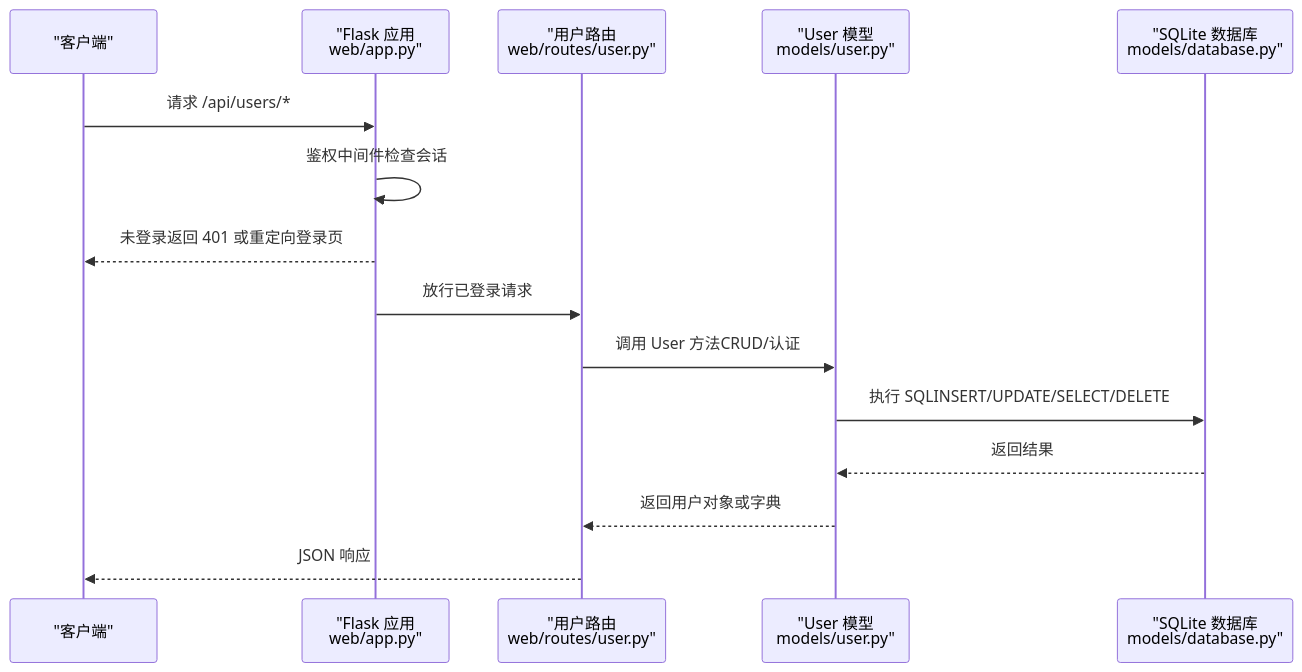
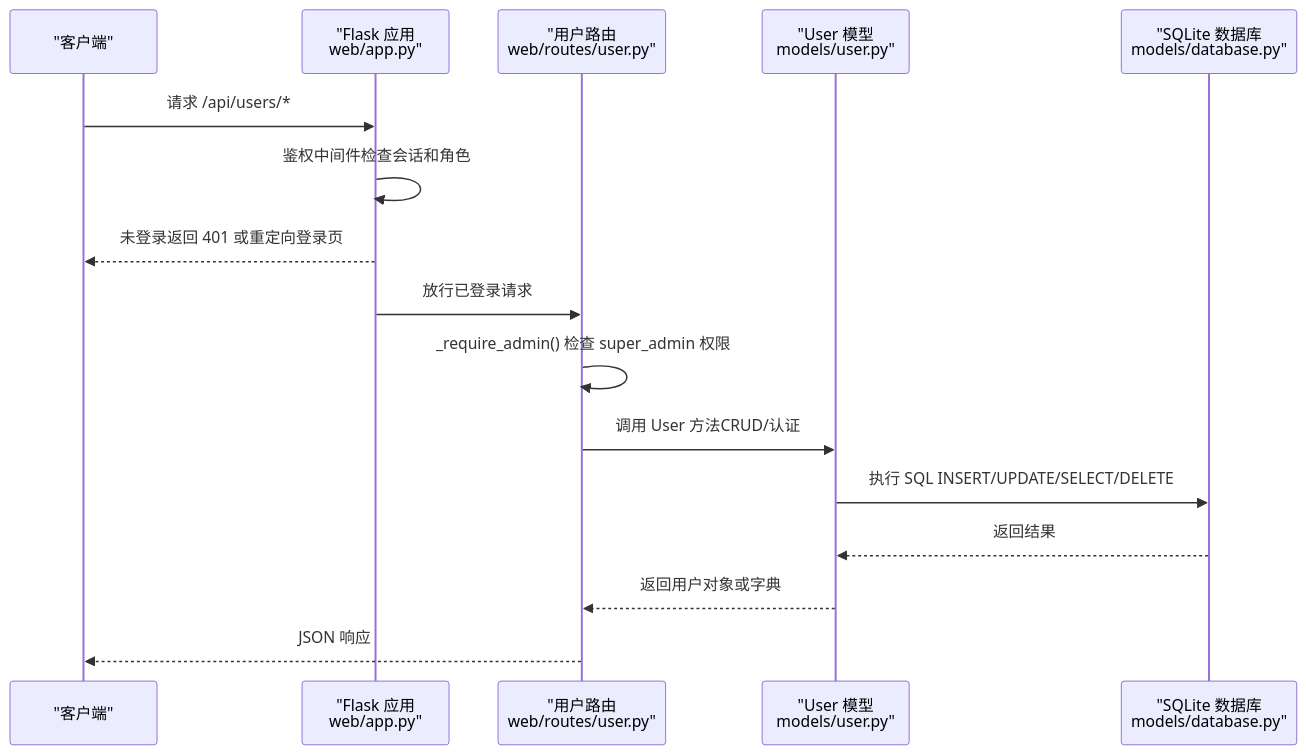
The second of 9 diagrams in .qoder/repowiki/zh/content/数据模型/用户模型.md (oreovan567-pixel/middle-platform-data-collector), drawn with Mermaid before and after one commit. The commit also changed other lines of this file and 11 other files, not shown here.

````diff
--- a/.qoder/repowiki/zh/content/数据模型/用户模型.md
+++ b/.qoder/repowiki/zh/content/数据模型/用户模型.md
@@ -90,17 +101,18 @@
 ```mermaid
 sequenceDiagram
 participant Client as "客户端"
 participant App as "Flask 应用<br/>web/app.py"
 participant Route as "用户路由<br/>web/routes/user.py"
 participant Model as "User 模型<br/>models/user.py"
 participant DB as "SQLite 数据库<br/>models/database.py"
 Client->>App : 请求 /api/users/*
-App->>App : 鉴权中间件检查会话
+App->>App : 鉴权中间件检查会话和角色
 App-->>Client : 未登录返回 401 或重定向登录页
 App->>Route : 放行已登录请求
+Route->>Route : _require_admin() 检查 super_admin 权限
 Route->>Model : 调用 User 方法CRUD/认证
-Model->>DB : 执行 SQLINSERT/UPDATE/SELECT/DELETE
+Model->>DB : 执行 SQL INSERT/UPDATE/SELECT/DELETE
 DB-->>Model : 返回结果
 Model-->>Route : 返回用户对象或字典
 Route-->>Client : JSON 响应
 ```
````
